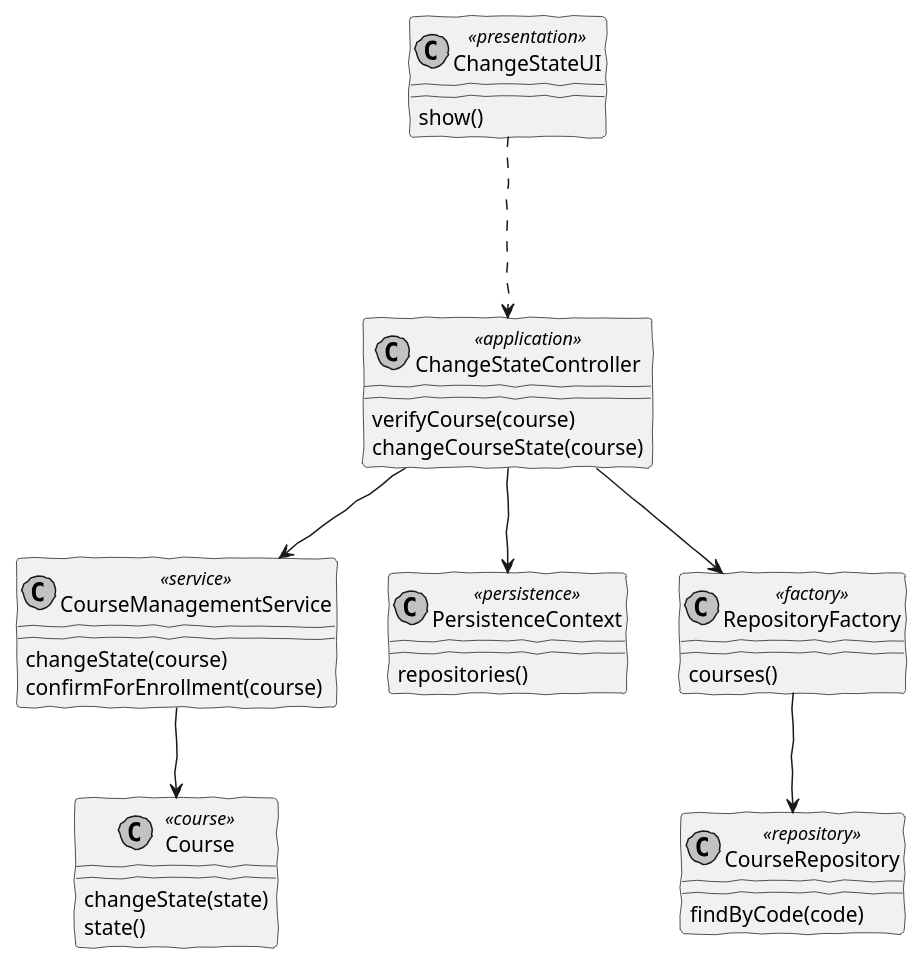
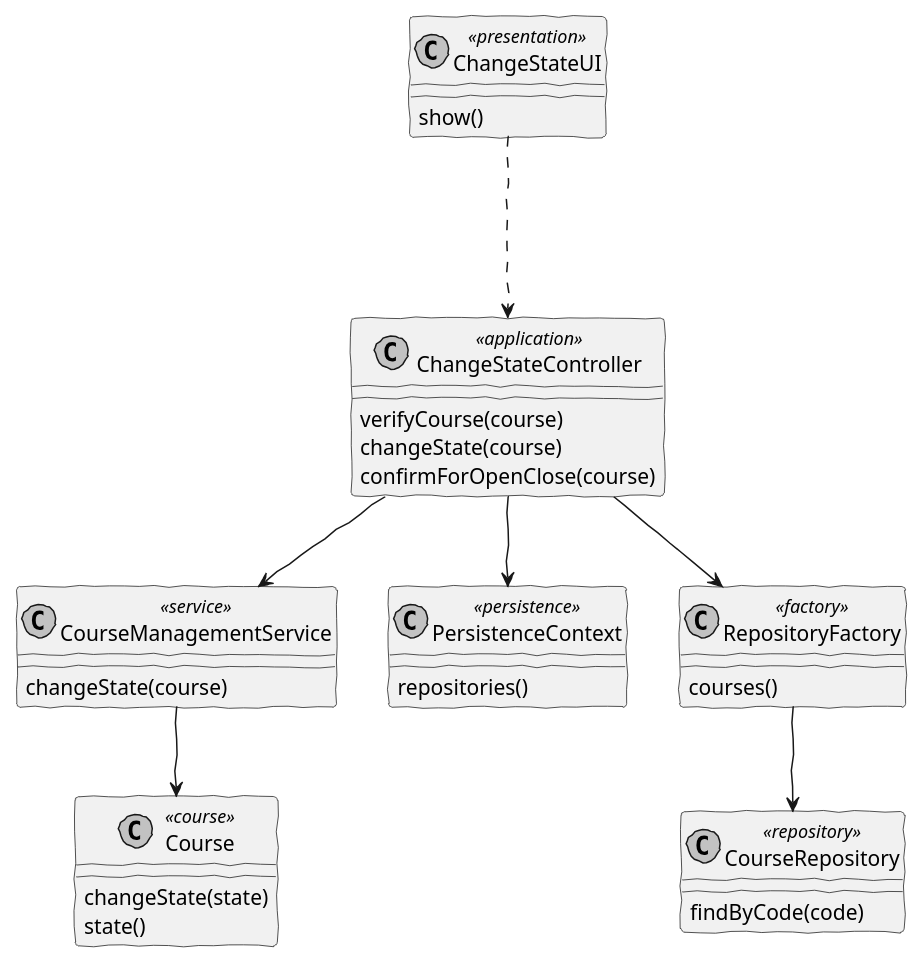
The diagram in docs/SPRINT B/US_1003/CD/CD.puml (brunacosta03/sem4pi_22_23), drawn with PlantUML before and after one commit. The commit also changed 2 other files, not shown here.

```diff
--- a/docs/SPRINT B/US_1003/CD/CD.puml
+++ b/docs/SPRINT B/US_1003/CD/CD.puml
@@ -1,59 +1,59 @@
 @startuml
 
 skinparam handwritten true
 skinparam monochrome true
 skinparam packageStyle rect
 skinparam defaultFontName FG Virgil
 skinparam shadowing false
 
 
 class ChangeStateUI <<presentation>>
 class ChangeStateController<<application>>
 class CourseManagementService<<service>>
 class Course<<course>>
 class PersistenceContext<<persistence>>
 class RepositoryFactory<<factory>>
 class CourseRepository <<repository>>
 
 class ChangeStateUI{
 show()
 }
 
 class ChangeStateController{
 verifyCourse(course)
-changeCourseState(course)
+changeState(course)
+confirmForOpenClose(course)
 }
 
 class PersistenceContext{
 repositories()
 }
 
 class RepositoryFactory{
 courses()
 }
 
 class CourseRepository{
 findByCode(code)
 }
 
 class Course{
 changeState(state)
 state()
 }
 
 class CourseManagementService{
 changeState(course)
-confirmForEnrollment(course)
 }
 
 ChangeStateUI -.-> ChangeStateController
 
 ChangeStateController --> PersistenceContext
 ChangeStateController --> RepositoryFactory
 ChangeStateController --> CourseManagementService
 
 RepositoryFactory --> CourseRepository
 
 CourseManagementService --> Course
 
 @enduml
```
